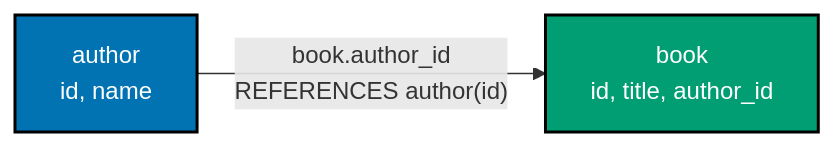
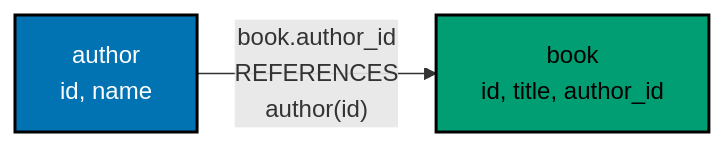
The sixth of 9 diagrams in apps/ayokoding-www/content/en/learn/courses/sql-essentials/learning/beginner.md (wahidyankf/ose-public), drawn with Mermaid before and after one commit. The commit also changed other lines of this file and 145 other files, not shown here.

First line of the commit message:
fix(mermaid): bring the second half of the courses diagrams onto the accessible palette

````diff
--- a/apps/ayokoding-www/content/en/learn/courses/sql-essentials/learning/beginner.md
+++ b/apps/ayokoding-www/content/en/learn/courses/sql-essentials/learning/beginner.md
@@ -1286,8 +1301,11 @@
 ```mermaid
 %% Color Palette: Blue #0173B2, Teal #029E73 -- color-blind friendly, WCAG AA
 graph LR
-    A["author<br/>id, name"]:::blue -->|"book.author_id<br/>REFERENCES author#40;id#41;"| B["book<br/>id, title, author_id"]:::teal
+    accTitle: Example 26: Declare Foreign Key
+    accDescr: Graph with 2 nodes and 1 connections. Nodes: author id, name, book id, title, author_id. Connections: author id, name to book id, title, author_id (book.author_id REFERENCES author40id41).
+    A["author<br/>id, name"]:::blue -->|"book.author_id<br/>REFERENCES<br/>author#40;id#41;"| B["book<br/>id, title, author_id"]:::teal
 
     classDef blue fill:#0173B2,stroke:#000000,color:#FFFFFF,stroke-width:2px
-    classDef teal fill:#029E73,stroke:#000000,color:#FFFFFF,stroke-width:2px
+    classDef teal fill:#029E73,stroke:#000000,color:#000000,stroke-width:2px
+    classDef default fill:#FFFFFF,stroke:#000000,color:#000000
 ```
````
